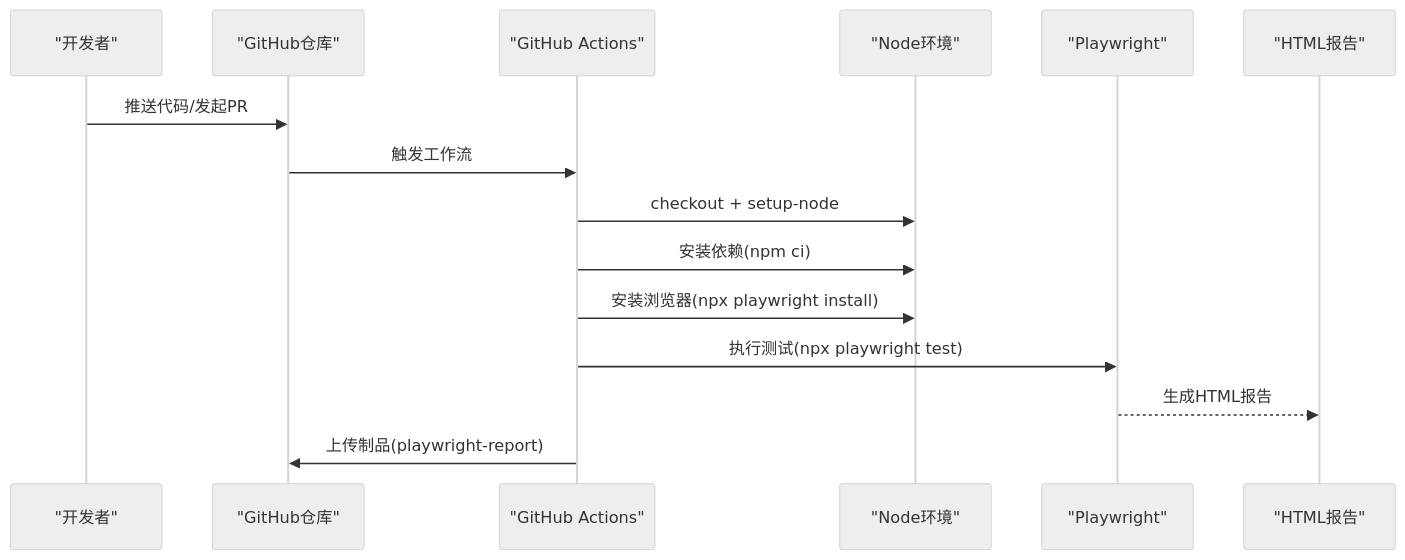
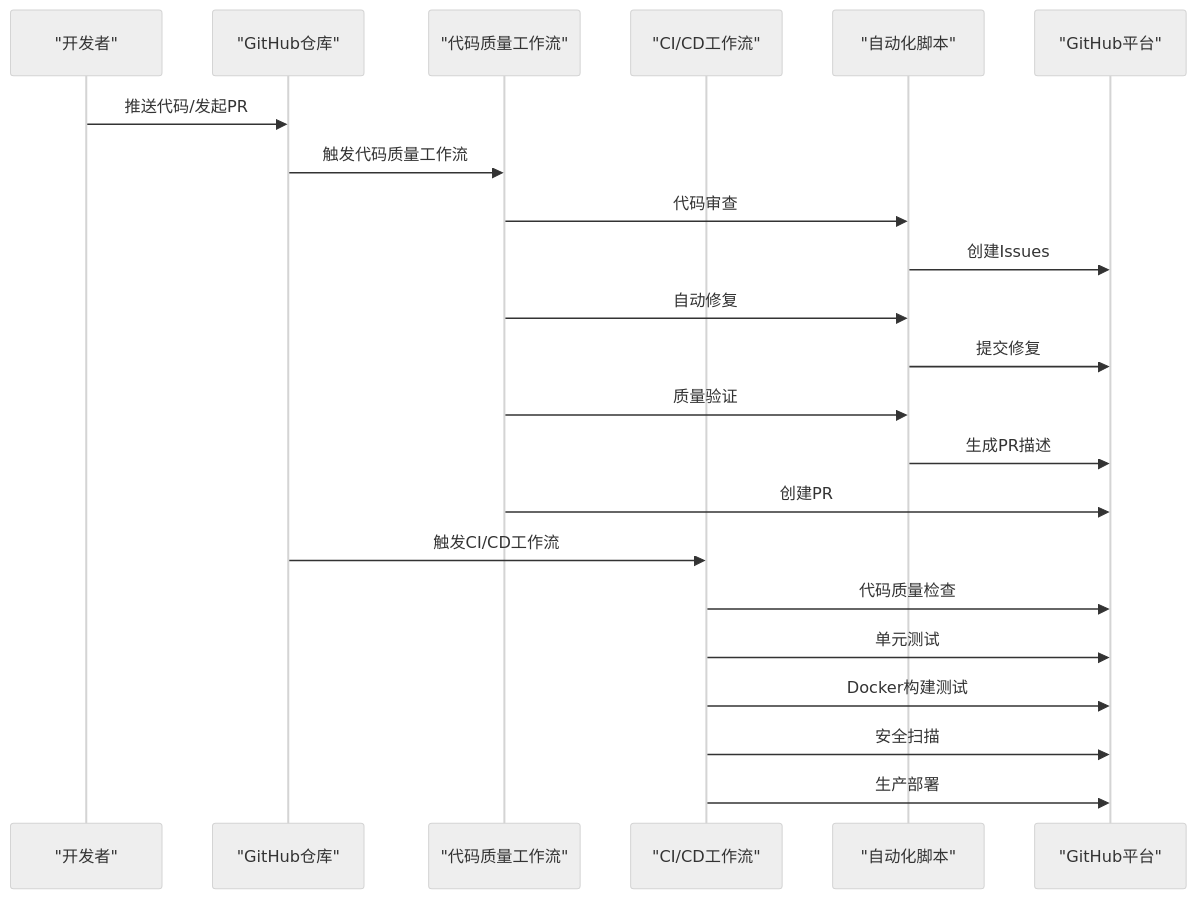
Before and after one commit to xfbyxq/ai-novel-system: the second of 4 diagrams in .qoder/repowiki/zh/content/部署与运维/CI_CD持续集成流水线.md, drawn with Mermaid (neutral theme). The commit also changed other lines of this file and 8 other files, not shown here.

````diff
--- a/.qoder/repowiki/zh/content/部署与运维/CI_CD持续集成流水线.md
+++ b/.qoder/repowiki/zh/content/部署与运维/CI_CD持续集成流水线.md
@@ -113,17 +140,24 @@
 ```mermaid
 sequenceDiagram
 participant Dev as "开发者"
 participant GH as "GitHub仓库"
-participant GHA as "GitHub Actions"
-participant Node as "Node环境"
-participant PW as "Playwright"
-participant Report as "HTML报告"
+participant GHA_CODE as "代码质量工作流"
+participant GHA_CI as "CI/CD工作流"
+participant SCRIPTS as "自动化脚本"
+participant GITHUB as "GitHub平台"
 Dev->>GH : 推送代码/发起PR
-GH->>GHA : 触发工作流
-GHA->>Node : checkout + setup-node
-GHA->>Node : 安装依赖(npm ci)
-GHA->>Node : 安装浏览器(npx playwright install)
-GHA->>PW : 执行测试(npx playwright test)
-PW-->>Report : 生成HTML报告
-GHA->>GH : 上传制品(playwright-report)
+GH->>GHA_CODE : 触发代码质量工作流
+GHA_CODE->>SCRIPTS : 代码审查
+SCRIPTS->>GITHUB : 创建Issues
+GHA_CODE->>SCRIPTS : 自动修复
+SCRIPTS->>GITHUB : 提交修复
+GHA_CODE->>SCRIPTS : 质量验证
+SCRIPTS->>GITHUB : 生成PR描述
+GHA_CODE->>GITHUB : 创建PR
+GH->>GHA_CI : 触发CI/CD工作流
+GHA_CI->>GITHUB : 代码质量检查
+GHA_CI->>GITHUB : 单元测试
+GHA_CI->>GITHUB : Docker构建测试
+GHA_CI->>GITHUB : 安全扫描
+GHA_CI->>GITHUB : 生产部署
 ```
````
